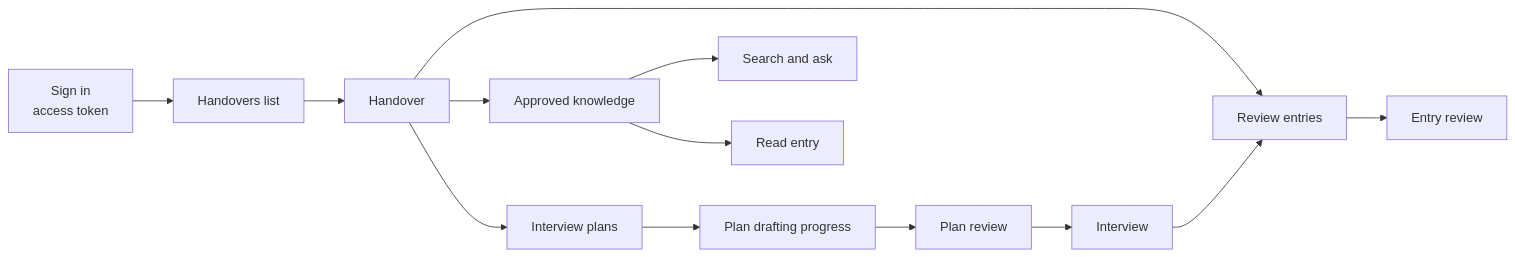
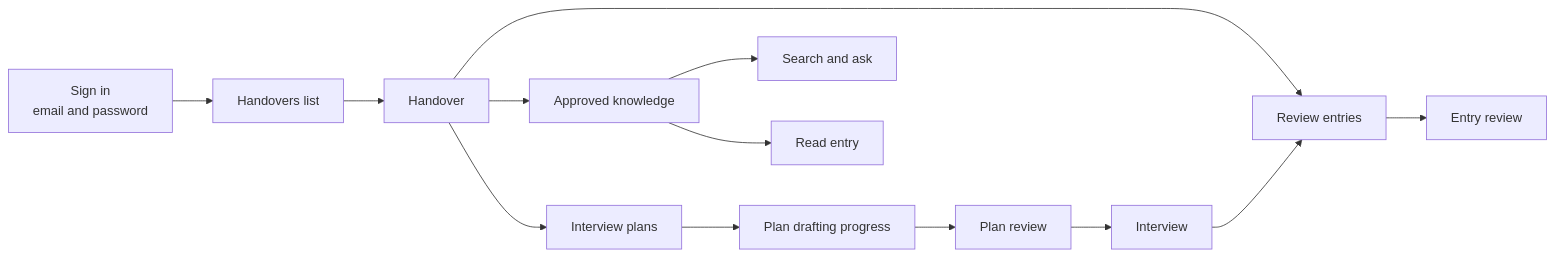
Before and after one commit to medaliyed/exit-knowledge-interviewer: the diagram in docs/ui/ui-pdr.md, drawn with Mermaid. The commit also changed other lines of this file and 8 other files, not shown here.

Commit message:
docs(F19): sign-in flow, operator commands, PDR status and Phase 6 outcome (6d)

````diff
--- a/docs/ui/ui-pdr.md
+++ b/docs/ui/ui-pdr.md
@@ -60,15 +60,15 @@
 ```mermaid
 flowchart LR
-    signin[Sign in<br/>access token] --> home[Handovers list]
+    signin[Sign in<br/>email and password] --> home[Handovers list]
     home --> handover[Handover]
     handover --> plans[Interview plans]
     handover --> review[Review entries]
     handover --> knowledge[Approved knowledge]
     plans --> generate[Plan drafting progress]
     generate --> planreview[Plan review]
     planreview --> interview[Interview]
     interview --> review
     review --> entry[Entry review]
     knowledge --> search[Search and ask]
     knowledge --> read[Read entry]
 ```
````
